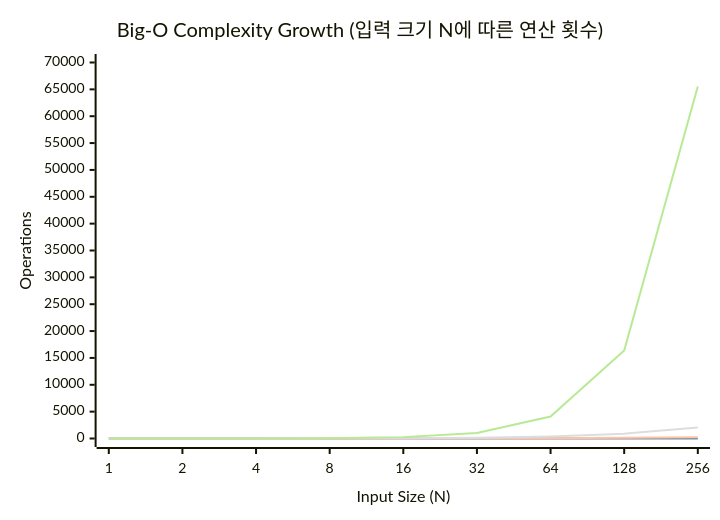
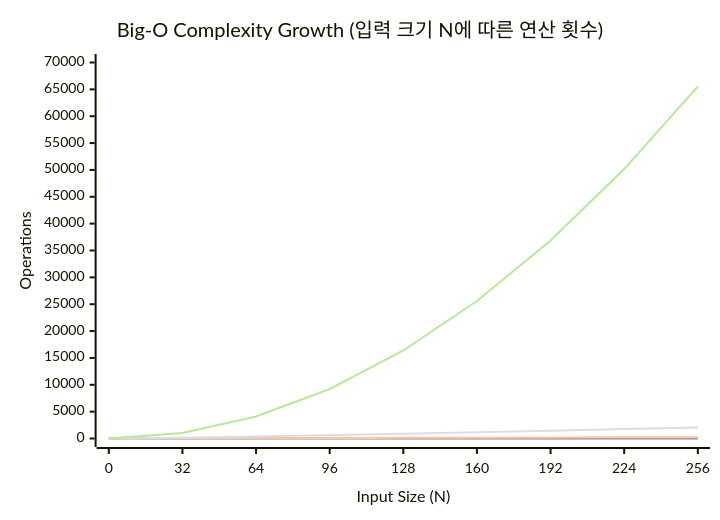
Before and after one commit to youngmin-gwon/what-i-studied: the sixth of 6 diagrams in 01_inbox/algorithm/algo-complexity-and-big-o.md, drawn with Mermaid. The commit also changed other lines of this file, not shown here.

````diff
--- a/01_inbox/algorithm/algo-complexity-and-big-o.md
+++ b/01_inbox/algorithm/algo-complexity-and-big-o.md
@@ -127,12 +127,12 @@
 ```mermaid
 %%{init: {'theme':'base', 'themeVariables': { 'xyChart': {'backgroundColor': 'transparent'}}}}%%
 xychart-beta
     title "Big-O Complexity Growth (입력 크기 N에 따른 연산 횟수)"
-    x-axis "Input Size (N)" [1, 2, 4, 8, 16, 32, 64, 128, 256]
+    x-axis "Input Size (N)" [0, 32, 64, 96, 128, 160, 192, 224, 256]
     y-axis "Operations" 0 --> 70000
     line "O(1)" [1, 1, 1, 1, 1, 1, 1, 1, 1]
-    line "O(log n)" [0, 1, 2, 3, 4, 5, 6, 7, 8]
-    line "O(n)" [1, 2, 4, 8, 16, 32, 64, 128, 256]
-    line "O(n log n)" [0, 2, 8, 24, 64, 160, 384, 896, 2048]
-    line "O(n²)" [1, 4, 16, 64, 256, 1024, 4096, 16384, 65536]
+    line "O(log n)" [0, 5, 6, 6.6, 7, 7.3, 7.6, 7.8, 8]
+    line "O(n)" [0, 32, 64, 96, 128, 160, 192, 224, 256]
+    line "O(n log n)" [0, 160, 384, 631, 896, 1173, 1459, 1754, 2048]
+    line "O(n²)" [0, 1024, 4096, 9216, 16384, 25600, 36864, 50176, 65536]
 ```
````
